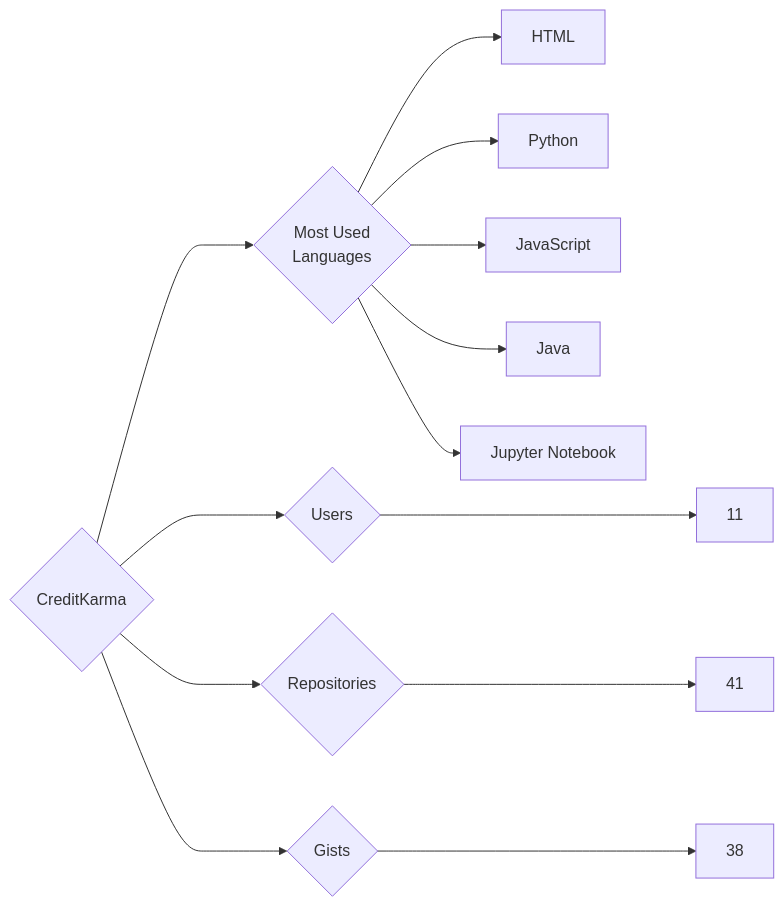
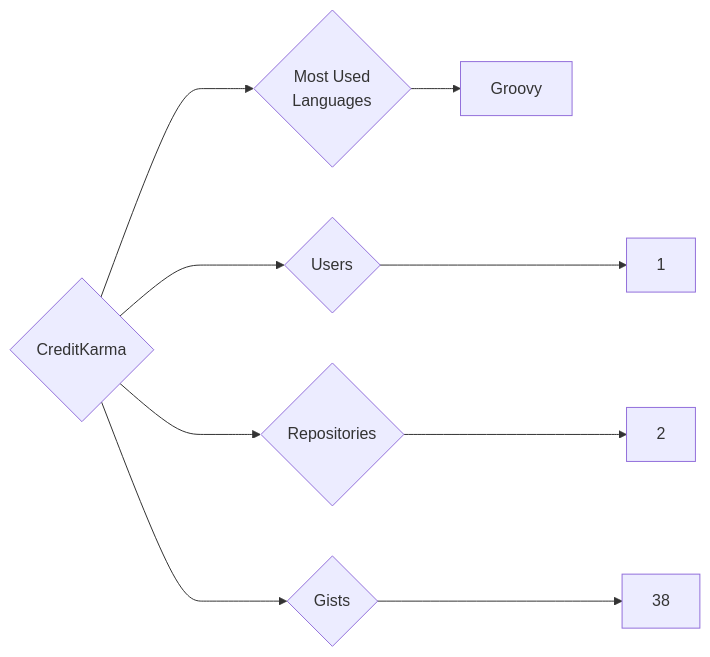
One commit to trickest/insiders changed the diagram in targets/CreditKarma/README.md. Above: the diagram before and after it, drawn with Mermaid. The commit also changed 783 other files, not shown here.

````diff
--- a/targets/CreditKarma/README.md
+++ b/targets/CreditKarma/README.md
@@ -3,13 +3,9 @@
 ```mermaid
 graph LR
 COMPANY_NAME{CreditKarma}
-COMPANY_NAME ---> U{Users} ---> UN[11]
-COMPANY_NAME ---> R{Repositories} ---> RN[41]
+COMPANY_NAME ---> U{Users} ---> UN[1]
+COMPANY_NAME ---> R{Repositories} ---> RN[2]
 COMPANY_NAME ---> G{Gists} ---> GN[38]
 COMPANY_NAME ---> ML{Most Used<br>Languages}
-ML --> HTML[HTML]
-ML --> Python[Python]
-ML --> JavaScript[JavaScript]
-ML --> Java[Java]
-ML --> Jupyter_Notebook[Jupyter Notebook]
+ML --> Groovy[Groovy]
 ```
````
